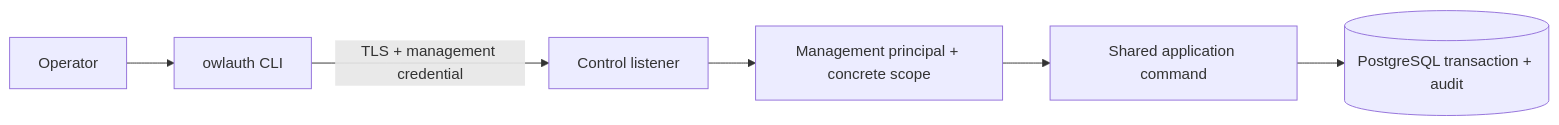
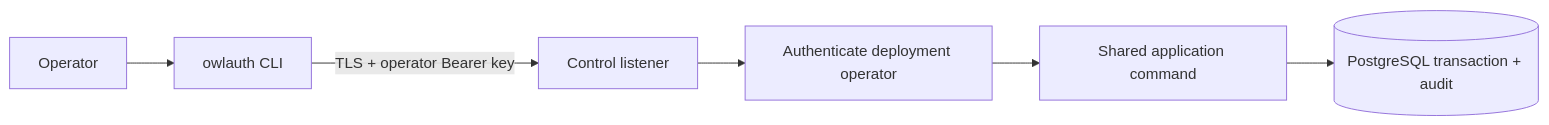
The first of 2 diagrams in docs/guide/agent-integrations.md (owlfoundry/owlauth), drawn with Mermaid before and after one commit. The commit also changed other lines of this file and 35 other files, not shown here.

First line of the commit message:
docs(repo): define hosted web and SaaS architecture

````diff
--- a/docs/guide/agent-integrations.md
+++ b/docs/guide/agent-integrations.md
@@ -46,8 +46,8 @@
 ```mermaid
 flowchart LR
     Operator --> CLI[owlauth CLI]
-    CLI -->|TLS + management credential| Control[Control listener]
-    Control --> Auth[Management principal + concrete scope]
+    CLI -->|TLS + operator Bearer key| Control[Control listener]
+    Control --> Auth[Authenticate deployment operator]
     Auth --> Core[Shared application command]
     Core --> PG[(PostgreSQL transaction + audit)]
 ```
````
